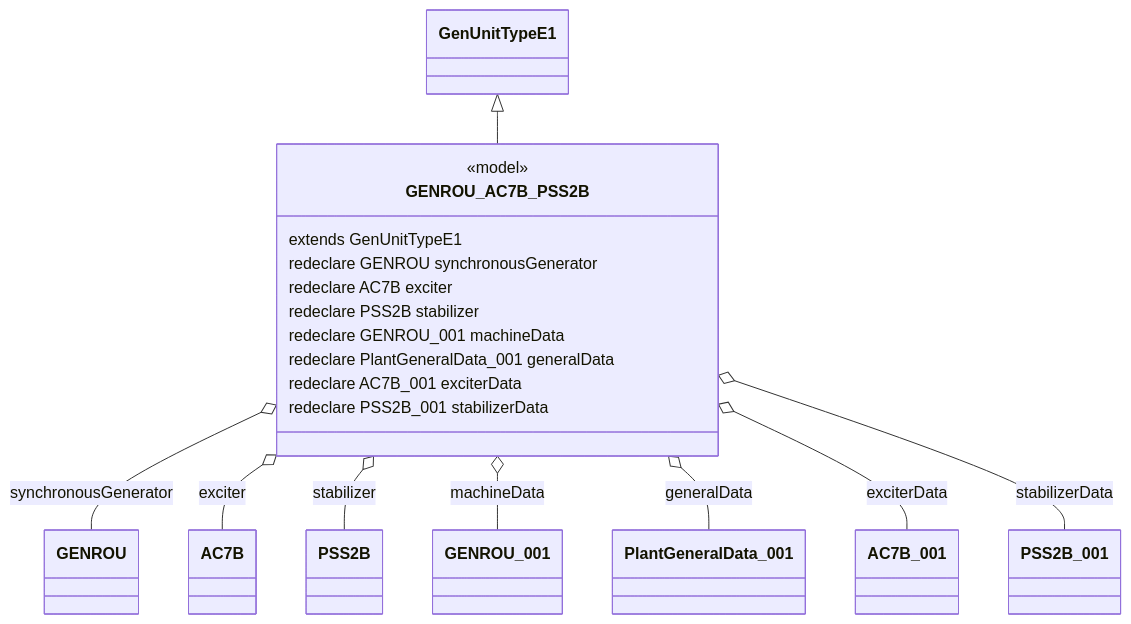
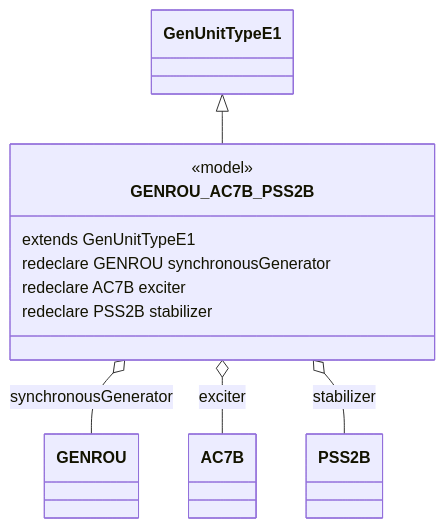
One commit to Opal-RT-Technologies/ephasorsim-modelica-library changed the fourth of 4 diagrams in modelica/OpalRT/docs/TypeE.md. Above: the diagram before and after it, drawn with Mermaid. The commit also changed other lines of this file and 56 other files, not shown here.

````diff
--- a/modelica/OpalRT/docs/TypeE.md
+++ b/modelica/OpalRT/docs/TypeE.md
@@ -172,31 +130,19 @@
 ```mermaid
 classDiagram
   class GenUnitTypeE1
   class GENROU_AC7B_PSS2B {
     <<model>>
     extends GenUnitTypeE1
     redeclare GENROU synchronousGenerator
     redeclare AC7B exciter
     redeclare PSS2B stabilizer
-    redeclare GENROU_001 machineData
-    redeclare PlantGeneralData_001 generalData
-    redeclare AC7B_001 exciterData
-    redeclare PSS2B_001 stabilizerData
   }
   class GENROU
   class AC7B
   class PSS2B
-  class GENROU_001
-  class PlantGeneralData_001
-  class AC7B_001
-  class PSS2B_001
 
   GenUnitTypeE1 <|-- GENROU_AC7B_PSS2B
   GENROU_AC7B_PSS2B o-- GENROU : synchronousGenerator
   GENROU_AC7B_PSS2B o-- AC7B : exciter
   GENROU_AC7B_PSS2B o-- PSS2B : stabilizer
-  GENROU_AC7B_PSS2B o-- GENROU_001 : machineData
-  GENROU_AC7B_PSS2B o-- PlantGeneralData_001 : generalData
-  GENROU_AC7B_PSS2B o-- AC7B_001 : exciterData
-  GENROU_AC7B_PSS2B o-- PSS2B_001 : stabilizerData
 ```
````
